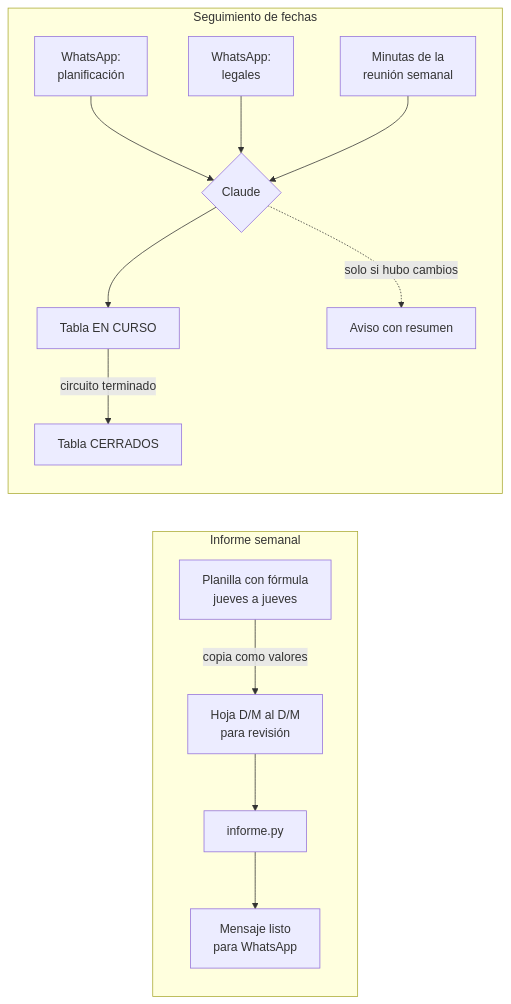
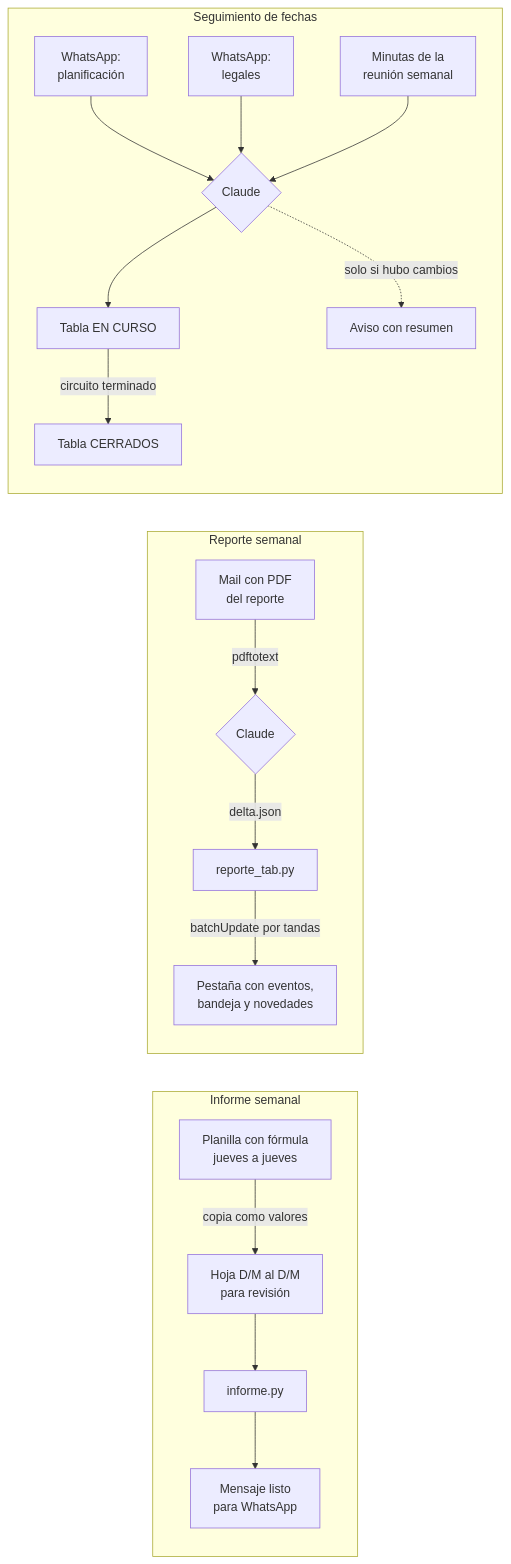
One commit to Lichabellomio/automatizaciones-eventos changed the diagram in README.md. Above: the diagram before and after it, drawn with Mermaid. The commit also changed other lines of this file and 6 other files, not shown here.

First line of the commit message:
Sumar reporte semanal por mail y actualizar seguimiento de fechas

````diff
--- a/README.md
+++ b/README.md
@@ -18,16 +19,21 @@
 ```mermaid
 flowchart LR
     subgraph Informe semanal
         A[Planilla con fórmula<br/>jueves a jueves] -->|copia como valores| B[Hoja D/M al D/M<br/>para revisión]
         B --> C[informe.py]
         C --> D[Mensaje listo<br/>para WhatsApp]
+    end
+    subgraph Reporte semanal
+        L[Mail con PDF<br/>del reporte] -->|pdftotext| M{Claude}
+        M -->|delta.json| N[reporte_tab.py]
+        N -->|batchUpdate por tandas| O[Pestaña con eventos,<br/>bandeja y novedades]
     end
     subgraph Seguimiento de fechas
         E[WhatsApp:<br/>planificación] --> H{Claude}
         F[WhatsApp:<br/>legales] --> H
         G[Minutas de la<br/>reunión semanal] --> H
         H --> I[Tabla EN CURSO]
         I -->|circuito terminado| J[Tabla CERRADOS]
         H -.->|solo si hubo cambios| K[Aviso con resumen]
     end
 ```
````
